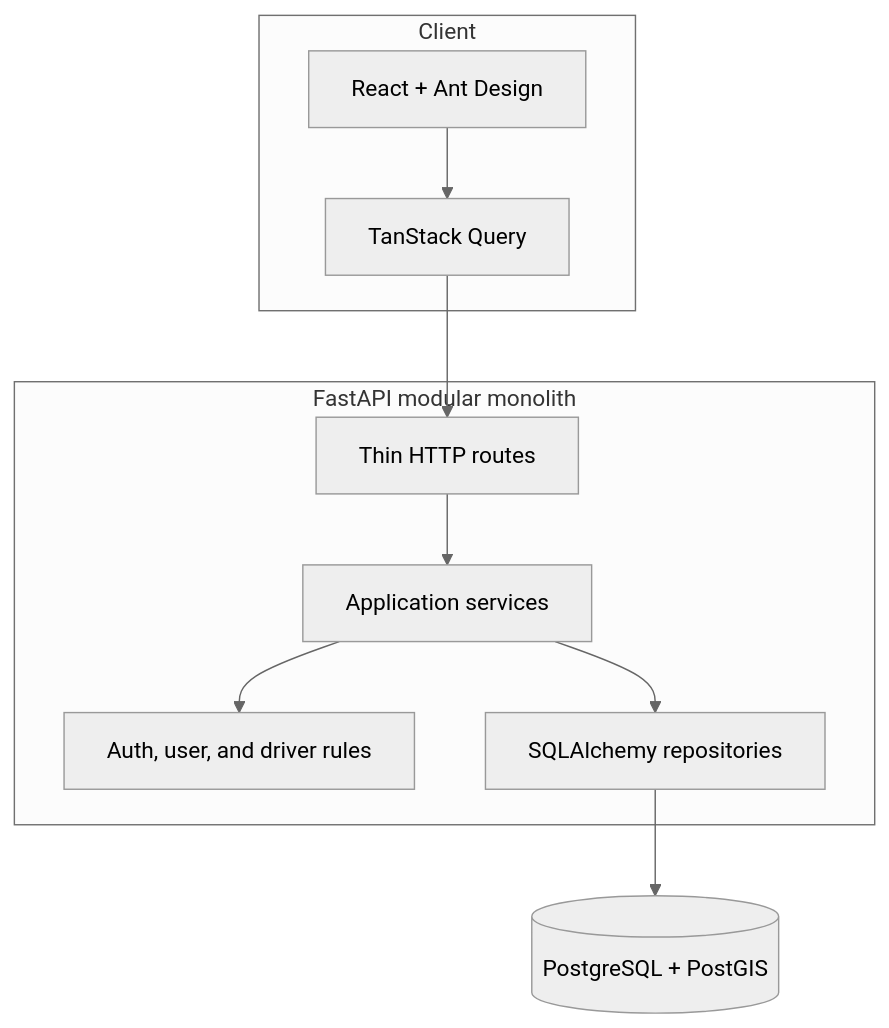
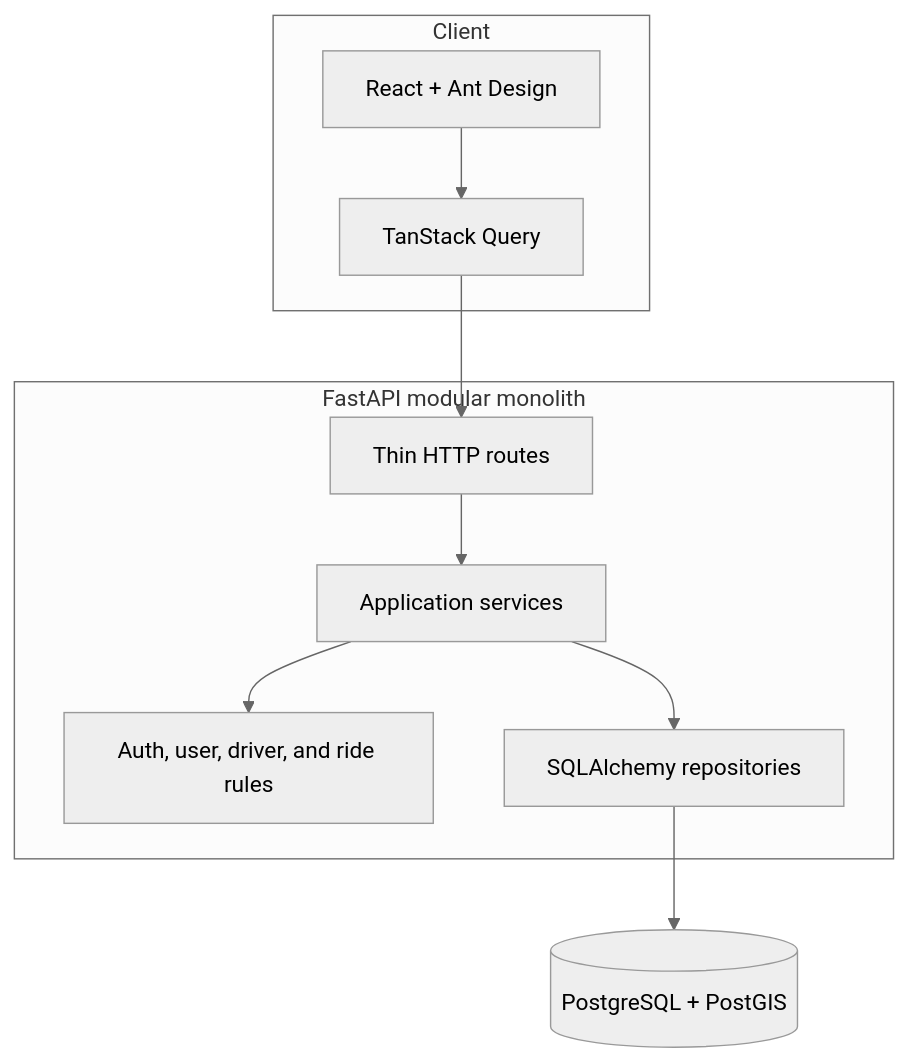
The first of 4 diagrams in docs/architecture.md (Singatha/ride-flow), drawn with Mermaid (neutral theme) before and after one commit. The commit also changed other lines of this file and 34 other files, not shown here.

````diff
--- a/docs/architecture.md
+++ b/docs/architecture.md
@@ -7,18 +7,18 @@
 ```mermaid
 flowchart TB
     subgraph Client
         UI[React + Ant Design]
         Query[TanStack Query]
         UI --> Query
     end
     subgraph Backend[FastAPI modular monolith]
         Routes[Thin HTTP routes]
         Services[Application services]
-        Domains[Auth, user, and driver rules]
+        Domains[Auth, user, driver, and ride rules]
         Persistence[SQLAlchemy repositories]
         Routes --> Services --> Domains
         Services --> Persistence
     end
     Query --> Routes
     Persistence --> PG[(PostgreSQL + PostGIS)]
 ```
````
